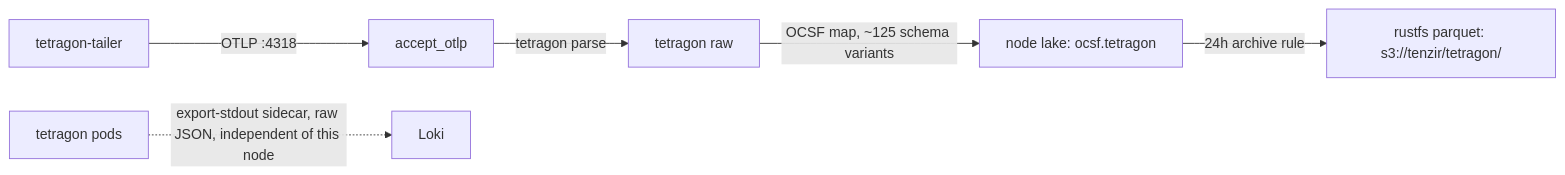
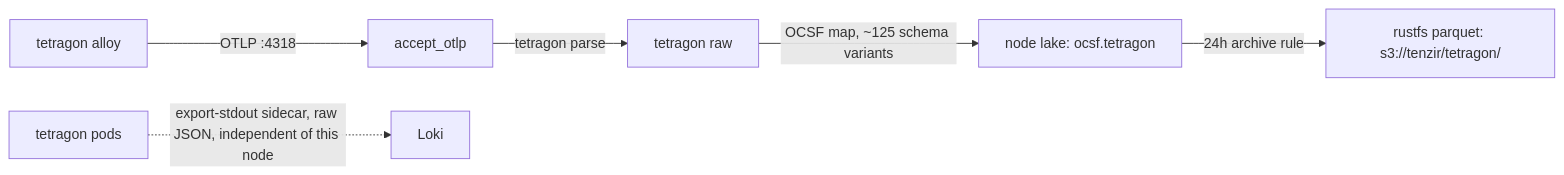
Before and after one commit to Apocrathia/homelab: the diagram in flux/manifests/03-services/observability/tenzir/tetragon/README.md, drawn with Mermaid. The commit also changed other lines of this file and 27 other files, not shown here.

First line of the commit message:
refactor(observability): fold the tailer releases into alloy/

````diff
--- a/flux/manifests/03-services/observability/tenzir/tetragon/README.md
+++ b/flux/manifests/03-services/observability/tenzir/tetragon/README.md
@@ -26,8 +26,8 @@
 ```mermaid
 flowchart LR
-    TT[tetragon-tailer] -->|"OTLP :4318"| AO[accept_otlp]
+    TT[tetragon alloy] -->|"OTLP :4318"| AO[accept_otlp]
     AO -->|"tetragon parse"| TR["tetragon raw"]
     TR -->|"OCSF map, ~125 schema variants"| LAKE["node lake: ocsf.tetragon"]
     LAKE -->|"24h archive rule"| S3["rustfs parquet: s3://tenzir/tetragon/"]
     TP["tetragon pods"] -.->|"export-stdout sidecar, raw JSON, independent of this node"| LOKI[Loki]
 ```
````
